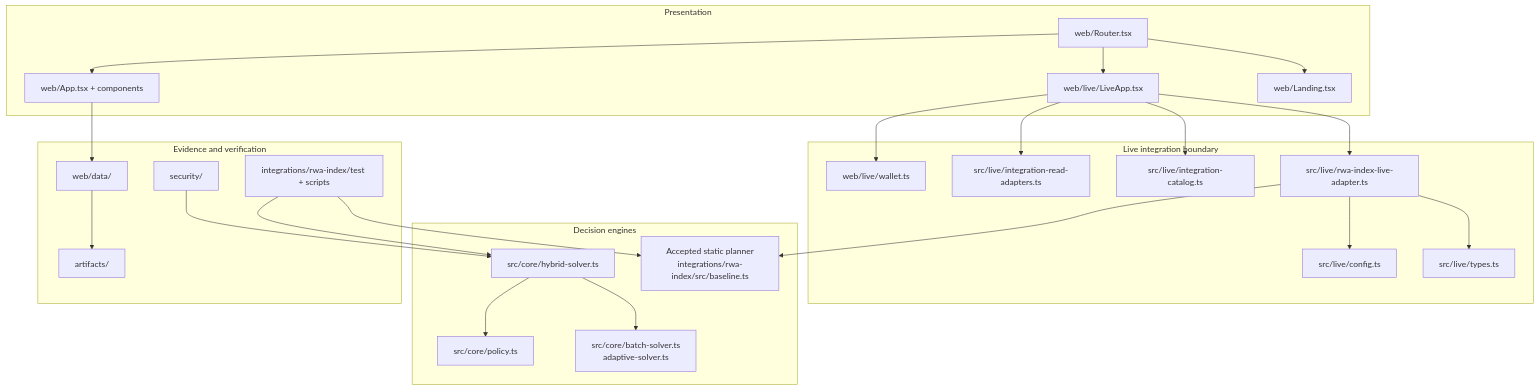
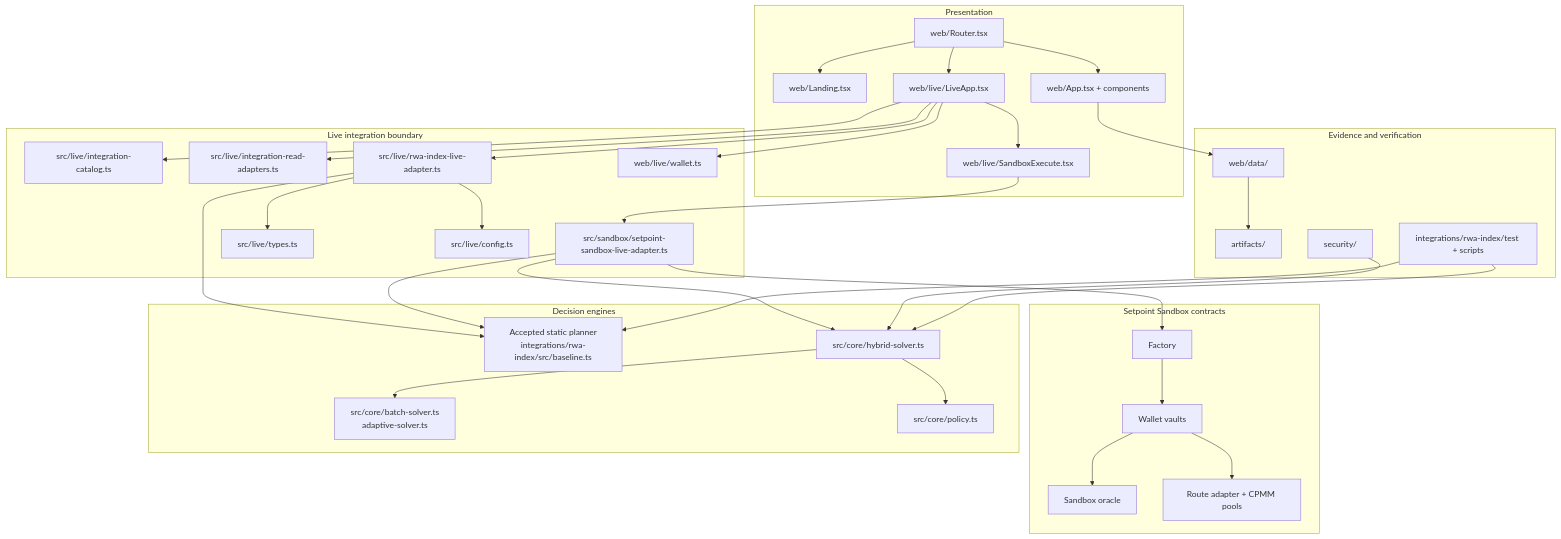
Before and after one commit to karagozemin/setpoint: the second of 6 diagrams in docs/ARCHITECTURE.md, drawn with Mermaid. The commit also changed other lines of this file and 45 other files, not shown here.

Commit message:
feat: introduce Setpoint Sandbox for wallet-owned testnet execution with enhanced documentation and UI updates

````diff
--- a/docs/ARCHITECTURE.md
+++ b/docs/ARCHITECTURE.md
@@ -92,49 +102,63 @@
 ```mermaid
 flowchart TB
     subgraph Presentation
         Router[web/Router.tsx]
         Landing[web/Landing.tsx]
         LiveUI[web/live/LiveApp.tsx]
+        SandboxUI[web/live/SandboxExecute.tsx]
         EvidenceUI[web/App.tsx + components]
     end
 
     subgraph LiveBoundary[Live integration boundary]
+        SandboxAdapter[src/sandbox/setpoint-sandbox-live-adapter.ts]
         Catalog[src/live/integration-catalog.ts]
         ReadAdapters[src/live/integration-read-adapters.ts]
         LiveAdapter[src/live/rwa-index-live-adapter.ts]
         LiveTypes[src/live/types.ts]
         LiveConfig[src/live/config.ts]
         Wallet[web/live/wallet.ts]
+    end
+
+    subgraph Onchain[Setpoint Sandbox contracts]
+        Factory[Factory]
+        Vaults[Wallet vaults]
+        Oracle[Sandbox oracle]
+        Pools[Route adapter + CPMM pools]
     end
 
     subgraph Decision[Decision engines]
         Static[Accepted static planner<br/>integrations/rwa-index/src/baseline.ts]
         Hybrid[src/core/hybrid-solver.ts]
         Adaptive[src/core/batch-solver.ts<br/>adaptive-solver.ts]
         Policy[src/core/policy.ts]
     end
 
     subgraph Proof[Evidence and verification]
         DataAdapters[web/data/]
         Artifacts[artifacts/]
         Security[security/]
         Harness[integrations/rwa-index/test + scripts]
     end
 
     Router --> Landing
     Router --> LiveUI
     Router --> EvidenceUI
     LiveUI --> LiveAdapter
+    LiveUI --> SandboxUI --> SandboxAdapter
     LiveUI --> Catalog
     LiveUI --> ReadAdapters
     LiveUI --> Wallet
     LiveAdapter --> LiveTypes
     LiveAdapter --> LiveConfig
     LiveAdapter --> Static
+    SandboxAdapter --> Static
+    SandboxAdapter --> Hybrid
+    SandboxAdapter --> Factory --> Vaults --> Pools
+    Vaults --> Oracle
     Hybrid --> Adaptive
     Hybrid --> Policy
     EvidenceUI --> DataAdapters --> Artifacts
     Security --> Hybrid
     Harness --> Static
     Harness --> Hybrid
 ```
````
